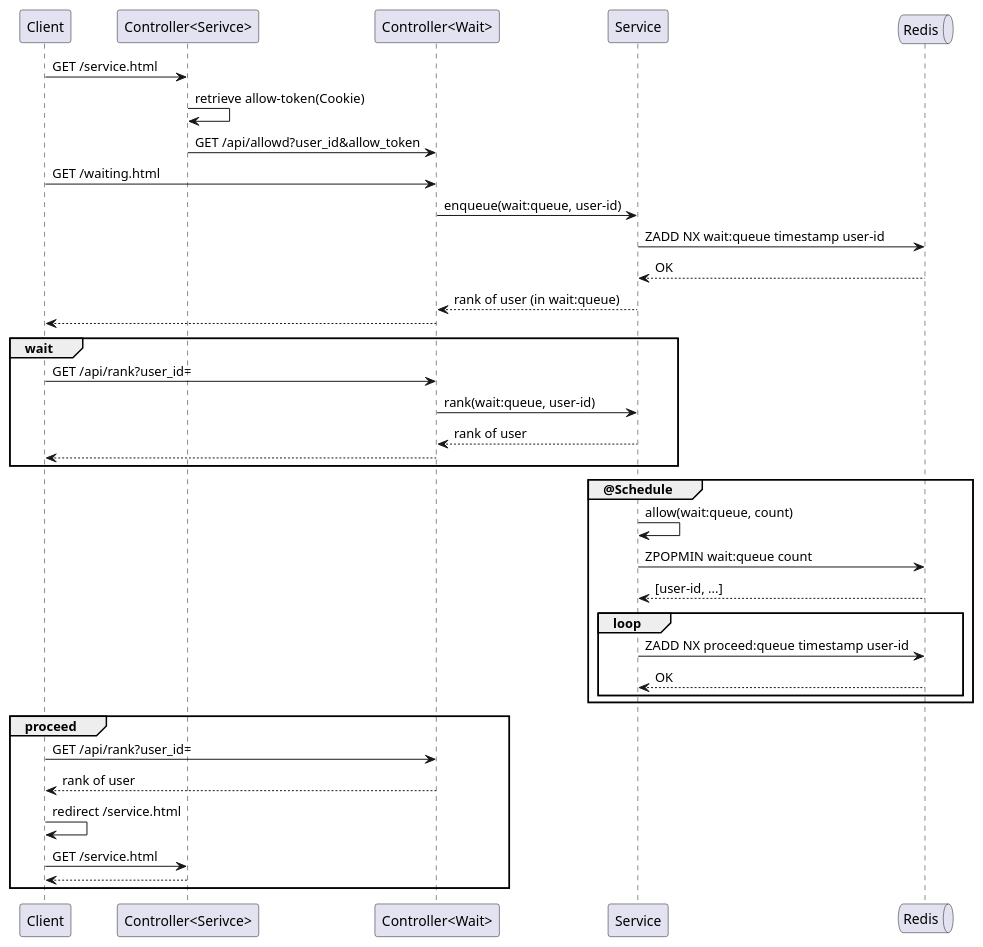
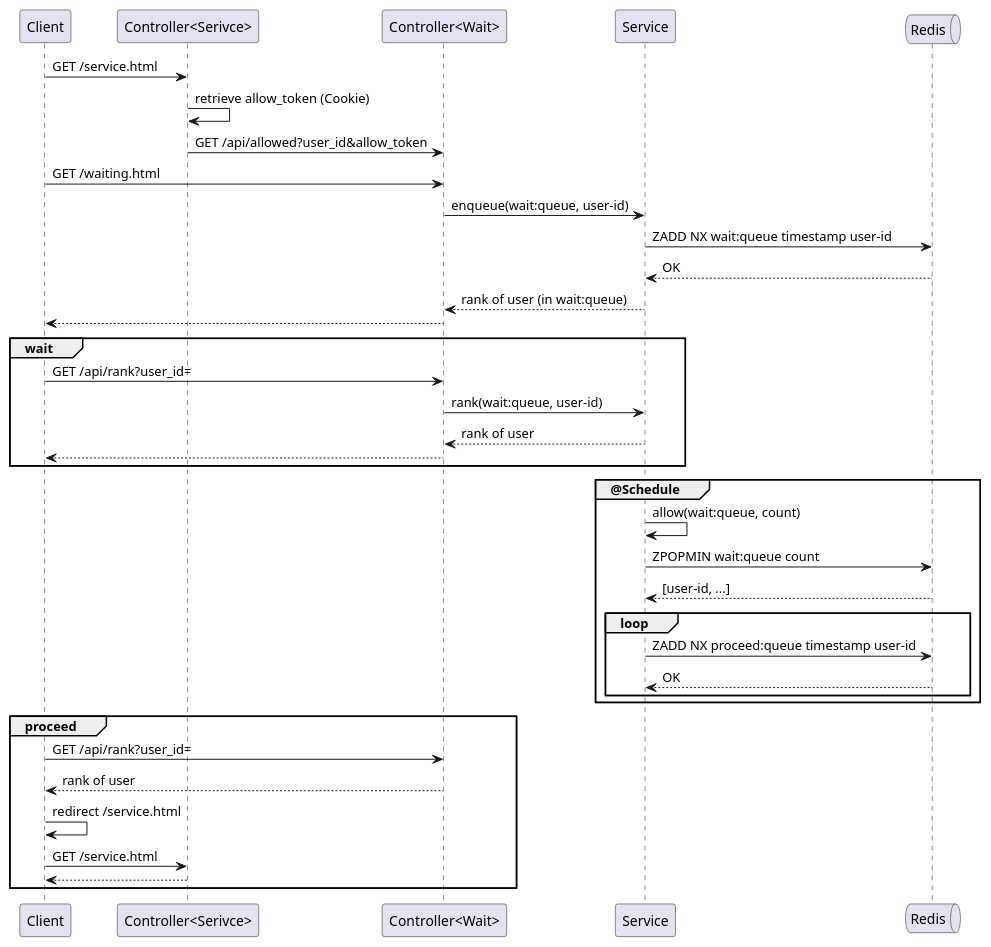
The diagram in _diary/2024-06-08.md (yanghoon/obsidian-workspace), drawn with PlantUML before and after one commit.

Commit message:
vault backup: 2024-06-09 19:25:33

````diff
--- a/_diary/2024-06-08.md
+++ b/_diary/2024-06-08.md
@@ -11,47 +11,47 @@
 ```plantuml
 @startuml
 
 participant Client
 participant "Controller<Serivce>" as ServiceController
 participant "Controller<Wait>" as Controller
 participant Service
 queue Redis
 
 Client -> ServiceController: GET /service.html
-ServiceController -> ServiceController: retrieve allow-token(Cookie)
-ServiceController -> Controller: GET /api/allowd?user_id&allow_token
+ServiceController -> ServiceController: retrieve allow_token (Cookie)
+ServiceController -> Controller: GET /api/allowed?user_id&allow_token
 
 Client -> Controller: GET /waiting.html
 Controller -> Service: enqueue(wait:queue, user-id)
 Service -> Redis: ZADD NX wait:queue timestamp user-id
 Service <-- Redis: OK
 Controller <-- Service: rank of user (in wait:queue)
 Client <-- Controller
 
 group wait
 Client -> Controller: GET /api/rank?user_id=
 Controller -> Service: rank(wait:queue, user-id)
 Controller <-- Service: rank of user
 Client <-- Controller
 end
 
 group @Schedule
   Service -> Service: allow(wait:queue, count)
   Service -> Redis: ZPOPMIN wait:queue count
   Service <-- Redis: [user-id, ...]
   loop
     Service -> Redis: ZADD NX proceed:queue timestamp user-id
     Service <-- Redis: OK
   end
 end
 
 group proceed
   Client -> Controller: GET /api/rank?user_id=
   Client <-- Controller: rank of user
   Client -> Client: redirect /service.html
   Client -> ServiceController: GET /service.html
   Client <-- ServiceController
 end
 
 @enduml
 ```
````
